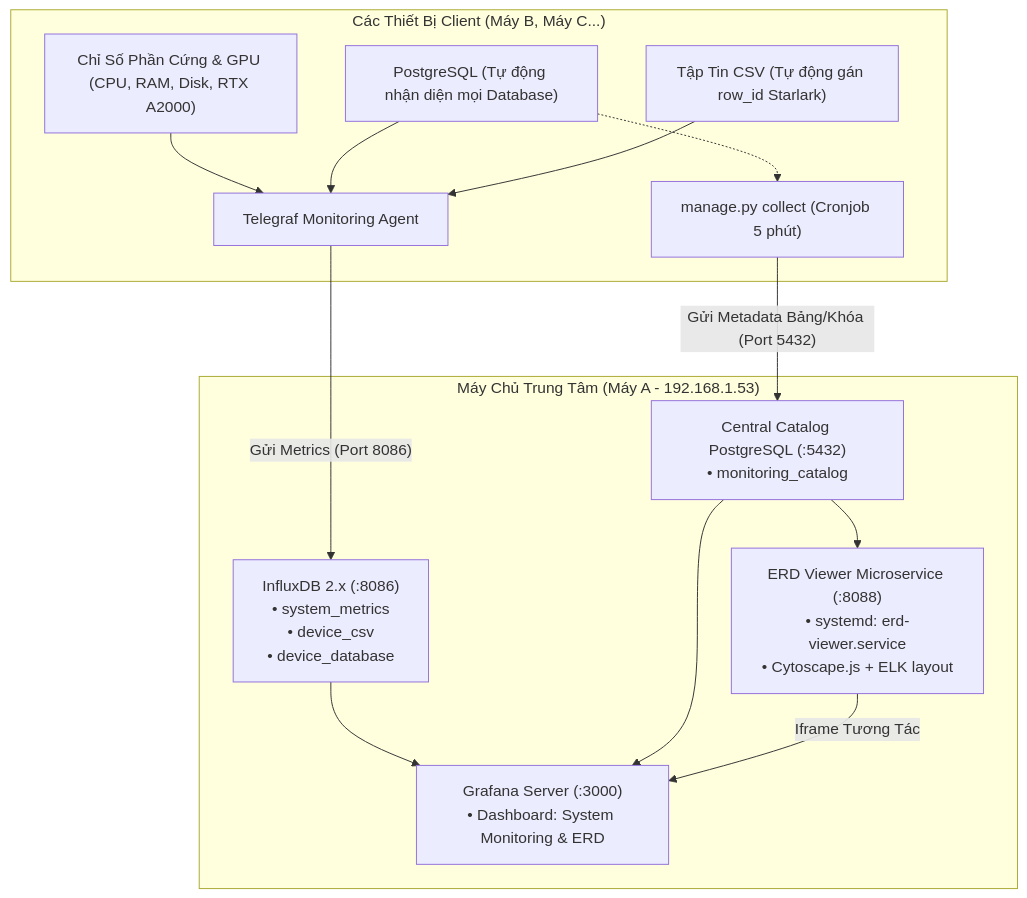
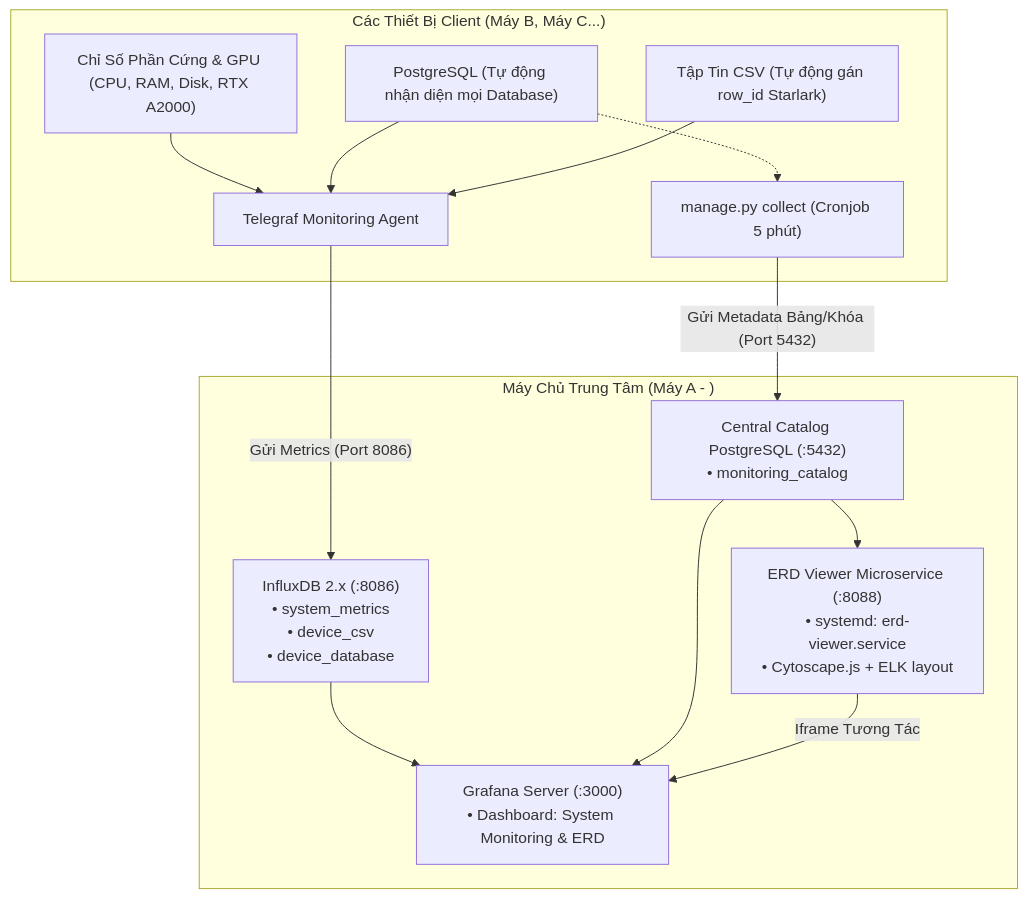
The diagram in grafana/doc/README.md (ThanhPhongvipvip/Tutorial), drawn with Mermaid before and after one commit. The commit also changed 17 other files, not shown here.

````diff
--- a/grafana/doc/README.md
+++ b/grafana/doc/README.md
@@ -9,30 +9,30 @@
 ```mermaid
 flowchart TD
     subgraph AgentMachines ["Các Thiết Bị Client (Máy B, Máy C...)"]
         MB_Sys["Chỉ Số Phần Cứng & GPU (CPU, RAM, Disk, RTX A2000)"]
         MB_PG["PostgreSQL (Tự động nhận diện mọi Database)"]
         MB_CSV["Tập Tin CSV (Tự động gán row_id Starlark)"]
         MB_Telegraf["Telegraf Monitoring Agent"]
         MB_Cron["manage.py collect (Cronjob 5 phút)"]
         
         MB_Sys --> MB_Telegraf
         MB_PG --> MB_Telegraf
         MB_CSV --> MB_Telegraf
         MB_PG -.-> MB_Cron
     end
 
-    subgraph CentralServer ["Máy Chủ Trung Tâm (Máy A - 192.168.1.53)"]
+    subgraph CentralServer ["Máy Chủ Trung Tâm (Máy A - <IP_MAY_A>)"]
         MA_Influx["InfluxDB 2.x (:8086)\n• system_metrics\n• device_csv\n• device_database"]
         MA_Catalog["Central Catalog PostgreSQL (:5432)\n• monitoring_catalog"]
         MA_ERD["ERD Viewer Microservice (:8088)\n• systemd: erd-viewer.service\n• Cytoscape.js + ELK layout"]
         MA_Grafana["Grafana Server (:3000)\n• Dashboard: System Monitoring & ERD"]
 
         MB_Telegraf --"Gửi Metrics (Port 8086)"--> MA_Influx
         MB_Cron --"Gửi Metadata Bảng/Khóa (Port 5432)"--> MA_Catalog
         
         MA_Influx --> MA_Grafana
         MA_Catalog --> MA_Grafana
         MA_Catalog --> MA_ERD
         MA_ERD --"Iframe Tương Tác"--> MA_Grafana
     end
 ```
````
